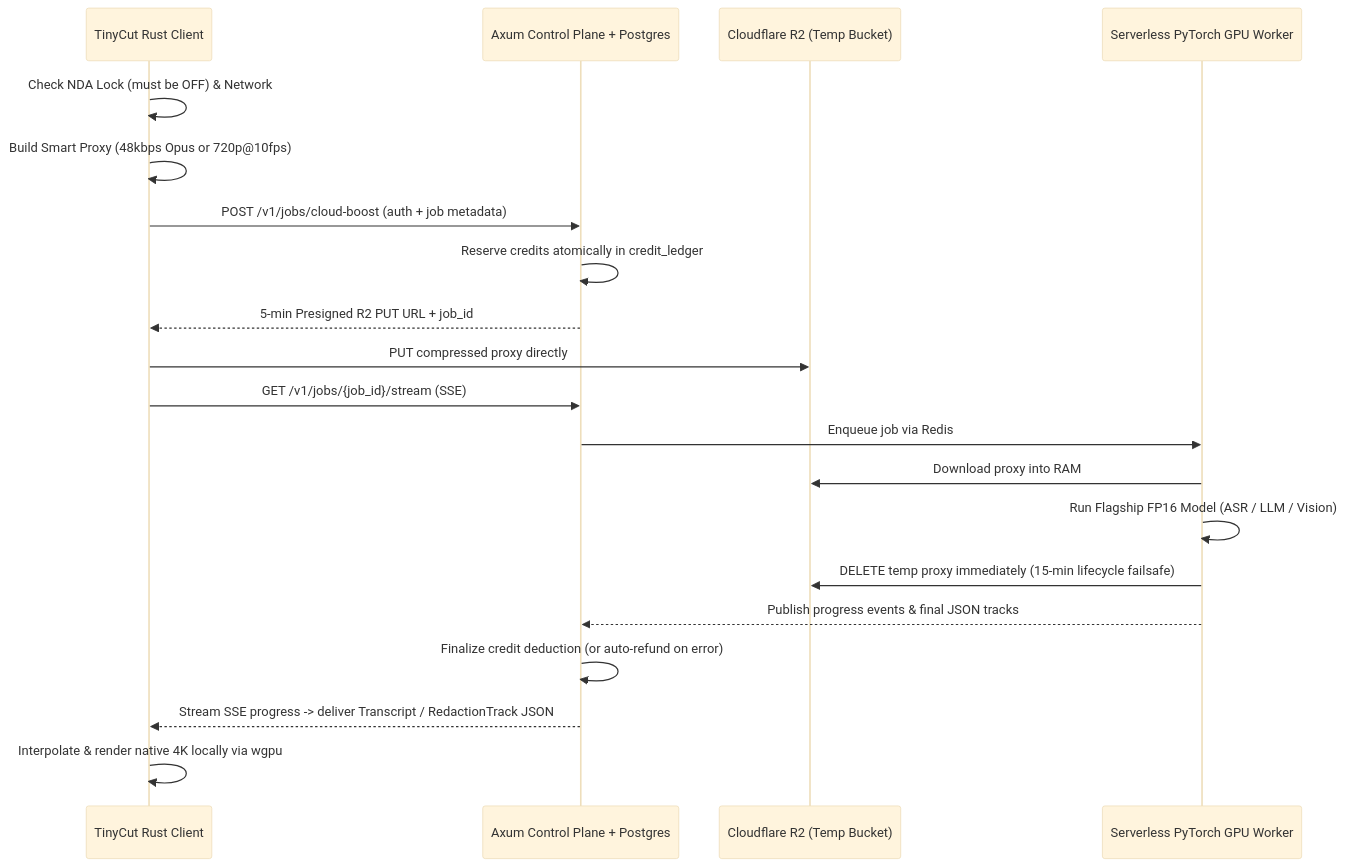
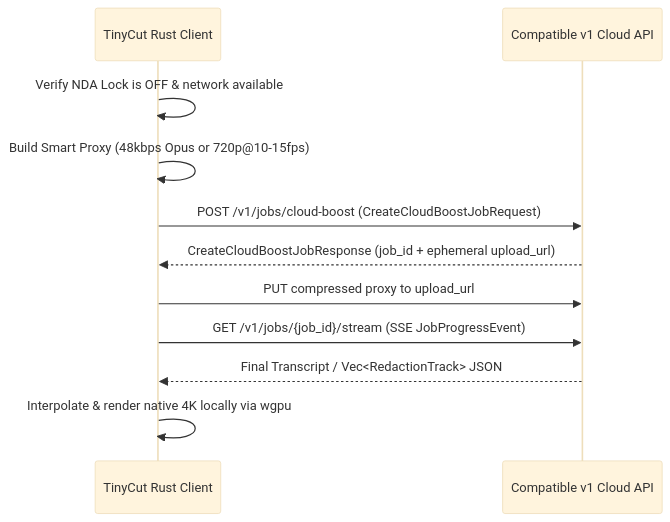
Before and after one commit to tungnguyenlam/tinycut: the third of 3 diagrams in WORKFLOW.md, drawn with Mermaid (base theme). The commit also changed other lines of this file and 11 other files, not shown here.

````diff
--- a/WORKFLOW.md
+++ b/WORKFLOW.md
@@ -46,23 +48,14 @@
 ```mermaid
 sequenceDiagram
     participant App as TinyCut Rust Client
-    participant API as Axum Control Plane + Postgres
-    participant R2 as Cloudflare R2 (Temp Bucket)
-    participant GPU as Serverless PyTorch GPU Worker
+    participant API as Compatible v1 Cloud API
 
-    App->>App: Check NDA Lock (must be OFF) & Network
-    App->>App: Build Smart Proxy (48kbps Opus or 720p@10fps)
-    App->>API: POST /v1/jobs/cloud-boost (auth + job metadata)
-    API->>API: Reserve credits atomically in credit_ledger
-    API-->>App: 5-min Presigned R2 PUT URL + job_id
-    App->>R2: PUT compressed proxy directly
-    App->>API: GET /v1/jobs/{job_id}/stream (SSE)
-    API->>GPU: Enqueue job via Redis
-    GPU->>R2: Download proxy into RAM
-    GPU->>GPU: Run Flagship FP16 Model (ASR / LLM / Vision)
-    GPU->>R2: DELETE temp proxy immediately (15-min lifecycle failsafe)
-    GPU-->>API: Publish progress events & final JSON tracks
-    API->>API: Finalize credit deduction (or auto-refund on error)
-    API-->>App: Stream SSE progress -> deliver Transcript / RedactionTrack JSON
+    App->>App: Verify NDA Lock is OFF & network available
+    App->>App: Build Smart Proxy (48kbps Opus or 720p@10-15fps)
+    App->>API: POST /v1/jobs/cloud-boost (CreateCloudBoostJobRequest)
+    API-->>App: CreateCloudBoostJobResponse (job_id + ephemeral upload_url)
+    App->>API: PUT compressed proxy to upload_url
+    App->>API: GET /v1/jobs/{job_id}/stream (SSE JobProgressEvent)
+    API-->>App: Final Transcript / Vec<RedactionTrack> JSON
     App->>App: Interpolate & render native 4K locally via wgpu
 ```
````
